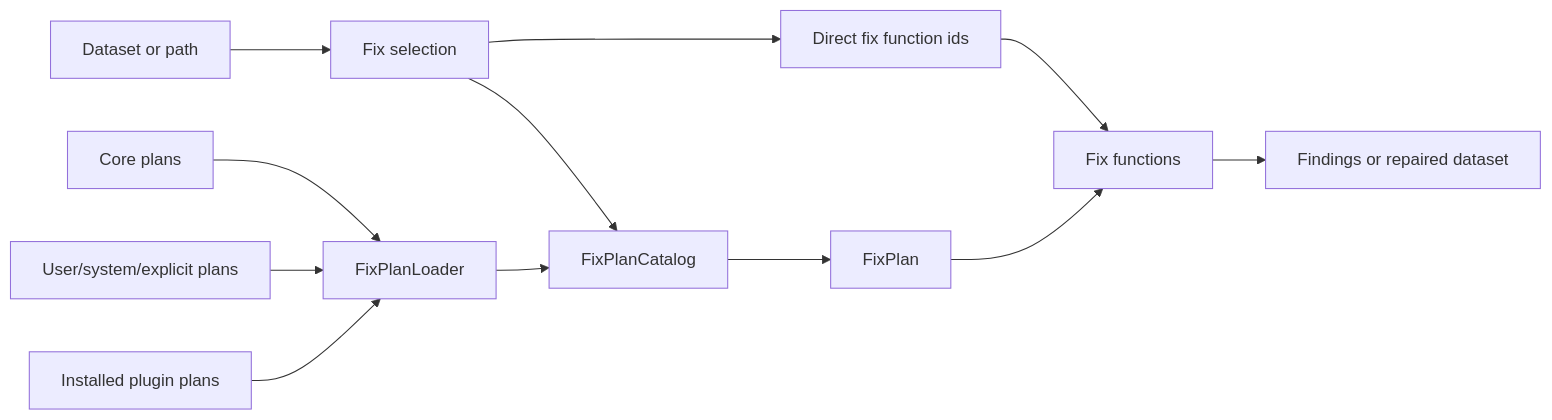
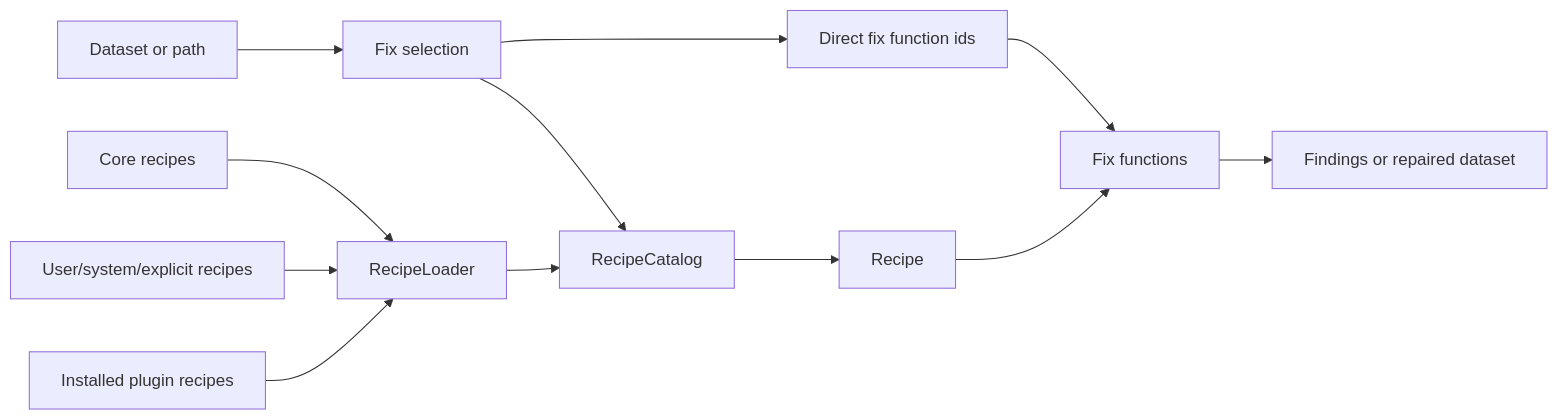
Before and after one commit to cehbrecht/woodpecker: the diagram in docs/concepts.md, drawn with Mermaid. The commit also changed other lines of this file and 12 other files, not shown here.

Commit message:
renamed docs from fix-plan to recipe

````diff
--- a/docs/concepts.md
+++ b/docs/concepts.md
@@ -8,14 +8,14 @@
 ```mermaid
 flowchart LR
   Dataset["Dataset or path"] --> Selection["Fix selection"]
   Selection --> Direct["Direct fix function ids"]
-  Selection --> Catalog["FixPlanCatalog"]
-  Loader["FixPlanLoader"] --> Catalog
-  Core["Core plans"] --> Loader
-  Local["User/system/explicit plans"] --> Loader
-  Plugins["Installed plugin plans"] --> Loader
-  Catalog --> Plan["FixPlan"]
+  Selection --> Catalog["RecipeCatalog"]
+  Loader["RecipeLoader"] --> Catalog
+  Core["Core recipes"] --> Loader
+  Local["User/system/explicit recipes"] --> Loader
+  Plugins["Installed plugin recipes"] --> Loader
+  Catalog --> Recipe["Recipe"]
   Direct --> FixFunctions["Fix functions"]
-  Plan --> FixFunctions
+  Recipe --> FixFunctions
   FixFunctions --> Result["Findings or repaired dataset"]
 ```
````
